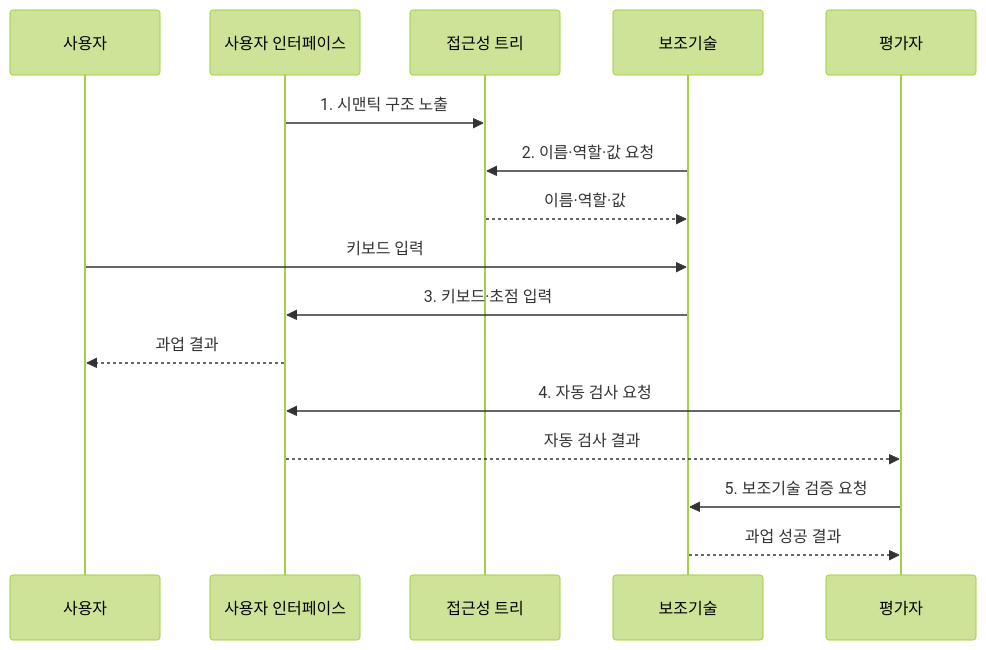
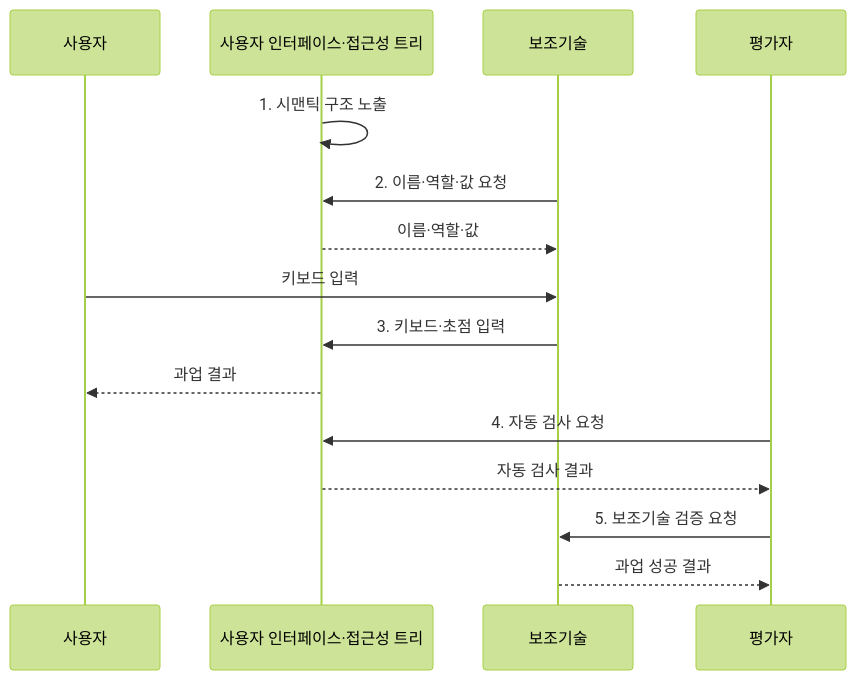
One commit to agnusdei1207/knowledge-base changed the second of 2 diagrams in src/content/docs/notes/03-software/194_digital_accessibility_wcag.md. Above: the diagram before and after it, drawn with Mermaid (forest theme). The commit also changed 9 other files, not shown here.

Commit message:
Focus governance and assurance diagrams

````diff
--- a/src/content/docs/notes/03-software/194_digital_accessibility_wcag.md
+++ b/src/content/docs/notes/03-software/194_digital_accessibility_wcag.md
@@ -94,18 +94,17 @@
 ```mermaid
 sequenceDiagram
     participant P as 사용자
-    participant U as 사용자 인터페이스
-    participant A as 접근성 트리
+    participant U as 사용자 인터페이스·접근성 트리
     participant T as 보조기술
     participant V as 평가자
-    U->>A: 1. 시맨틱 구조 노출
-    T->>A: 2. 이름·역할·값 요청
-    A-->>T: 이름·역할·값
+    U->>U: 1. 시맨틱 구조 노출
+    T->>U: 2. 이름·역할·값 요청
+    U-->>T: 이름·역할·값
     P->>T: 키보드 입력
     T->>U: 3. 키보드·초점 입력
     U-->>P: 과업 결과
     V->>U: 4. 자동 검사 요청
     U-->>V: 자동 검사 결과
     V->>T: 5. 보조기술 검증 요청
     T-->>V: 과업 성공 결과
 ```
````
